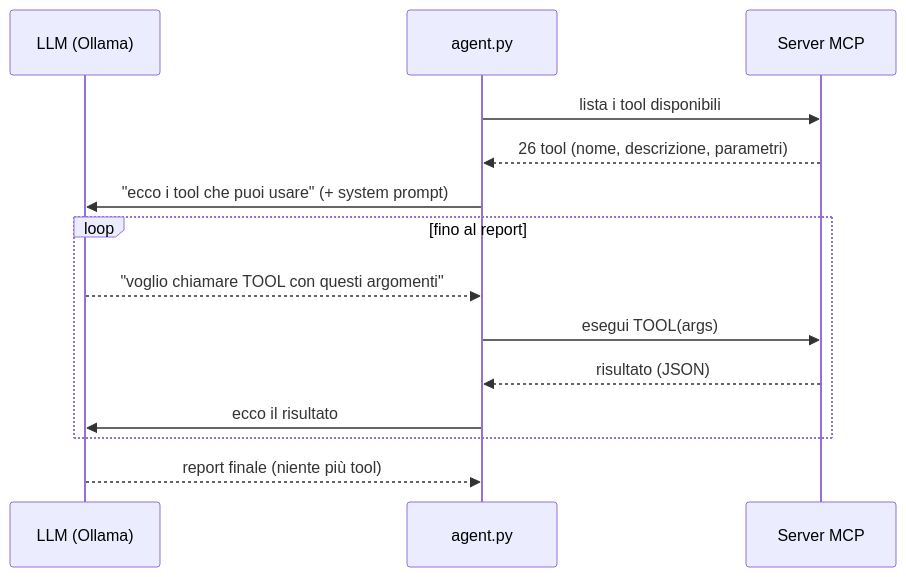
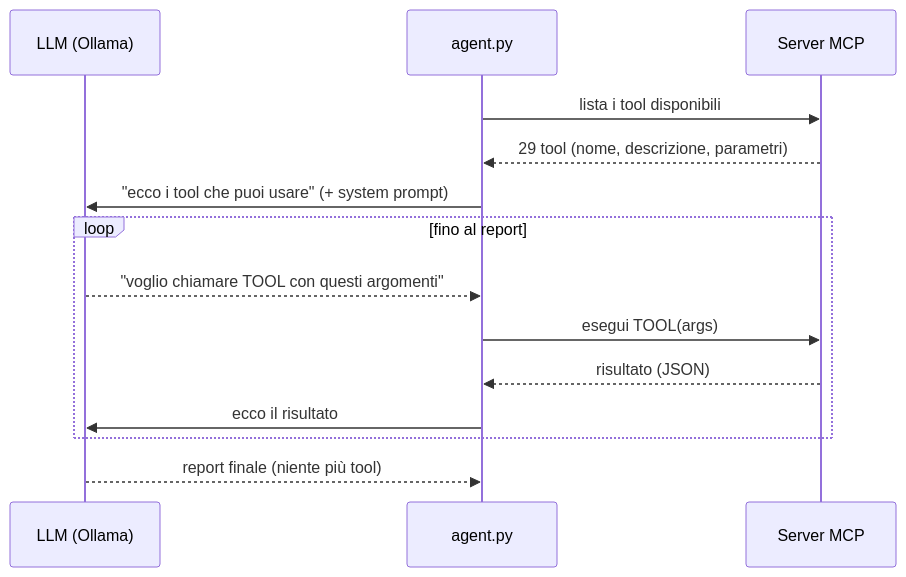
One commit to iris-cmd22/Sibyl changed diagram 16 of 29 in documentazione/Server_MCP_Architettura.md. Above: the diagram before and after it, drawn with Mermaid. The commit also changed other lines of this file and 35 other files, not shown here.

````diff
--- a/documentazione/Server_MCP_Architettura.md
+++ b/documentazione/Server_MCP_Architettura.md
@@ -696,16 +732,16 @@
 ```mermaid
 sequenceDiagram
     participant LLM as LLM (Ollama)
     participant AG as agent.py
     participant SRV as Server MCP
     AG->>SRV: lista i tool disponibili
-    SRV-->>AG: 26 tool (nome, descrizione, parametri)
+    SRV-->>AG: 29 tool (nome, descrizione, parametri)
     AG->>LLM: "ecco i tool che puoi usare" (+ system prompt)
     loop fino al report
         LLM-->>AG: "voglio chiamare TOOL con questi argomenti"
         AG->>SRV: esegui TOOL(args)
         SRV-->>AG: risultato (JSON)
         AG->>LLM: ecco il risultato
     end
     LLM-->>AG: report finale (niente più tool)
 ```
````
